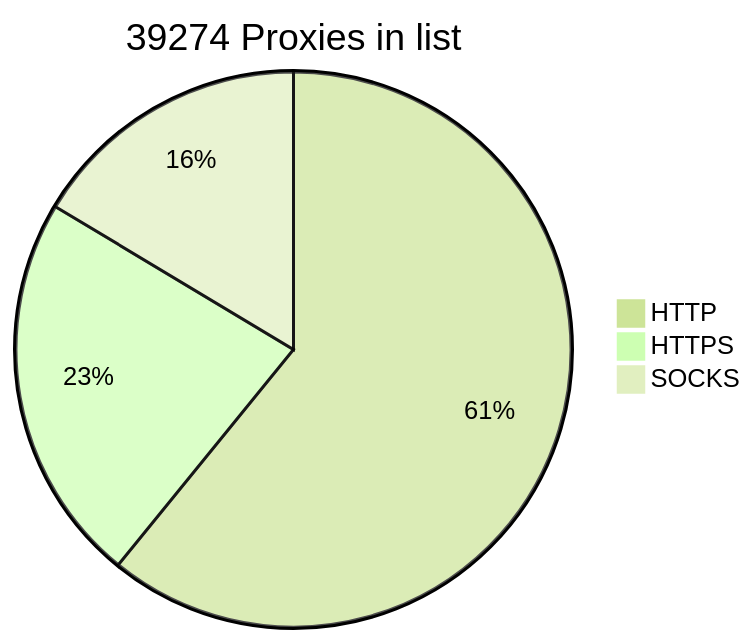
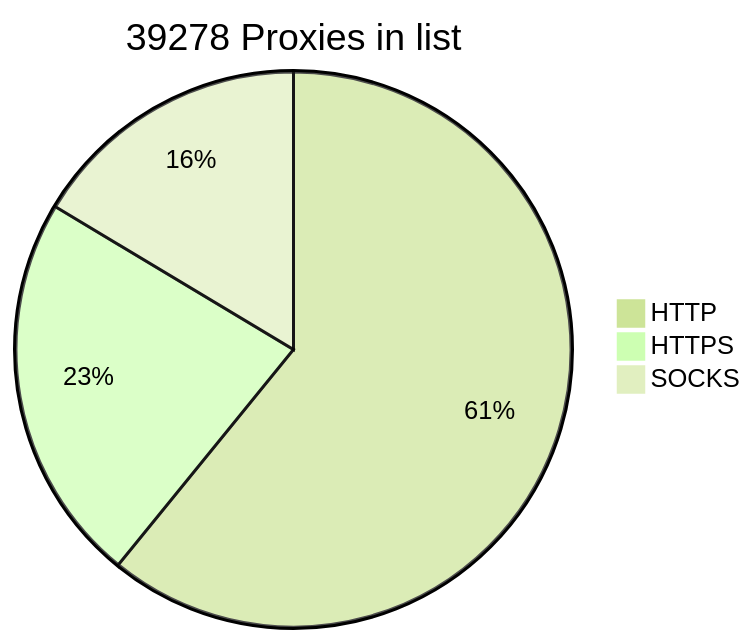
Before and after one commit to BlackSnowDot/proxylist-update-every-minute: the diagram in README.md, drawn with Mermaid (forest theme).

````diff
--- a/README.md
+++ b/README.md
@@ -2,6 +2,6 @@
 ```mermaid
-pie title 39274 Proxies in list
-    "HTTP" : 28140
+pie title 39278 Proxies in list
+    "HTTP" : 28142
     "HTTPS": 10508
-    "SOCKS" : 7580
+    "SOCKS" : 7582
 ```
````
